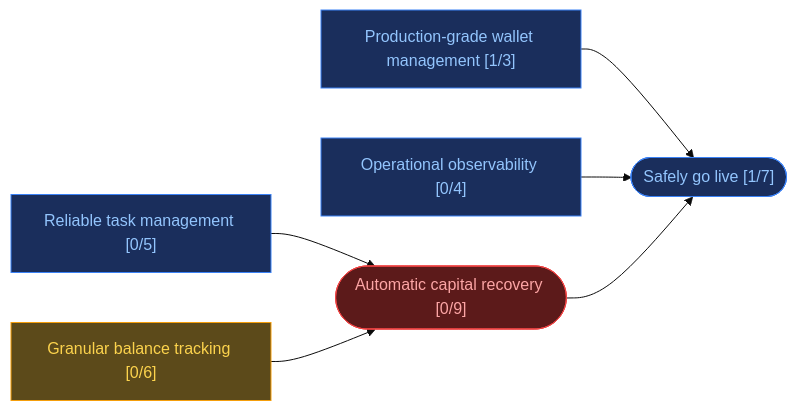
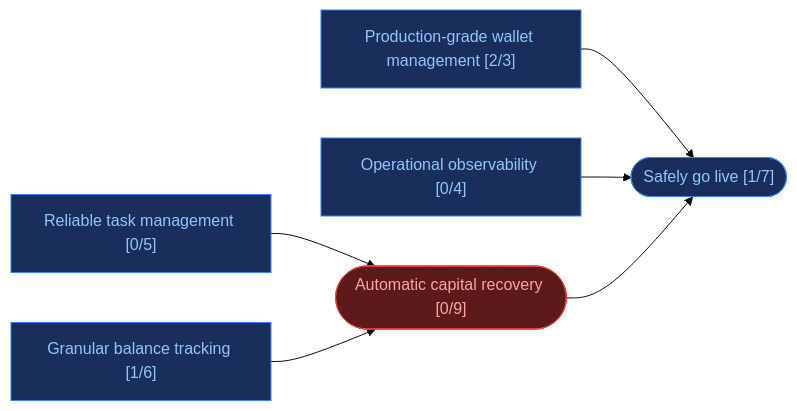
Before and after one commit to ST0x-Technology/st0x.liquidity: the first of 8 diagrams in ROADMAP.md, drawn with Mermaid (base theme). The commit also changed other lines of this file, not shown here.

Commit message:
chore: restructure roadmap backlog with recent issues

````diff
--- a/ROADMAP.md
+++ b/ROADMAP.md
@@ -34,23 +36,23 @@
 ```mermaid
 graph LR
     classDef wip fill:#1a2e5c,stroke:#3b82f6,color:#93c5fd
     classDef blocked fill:#5c1a1a,stroke:#ef4444,color:#fca5a5
     classDef todo fill:#5c4a1a,stroke:#f59e0b,color:#fcd34d
 
     a["Reliable task management [0/5]"]:::wip
-    b["Granular balance tracking [0/6]"]:::todo
-    c["Production-grade wallet management [1/3]"]:::wip
+    b["Granular balance tracking [1/6]"]:::wip
+    c["Production-grade wallet management [2/3]"]:::wip
     d["Operational observability [0/4]"]:::wip
     e(["Automatic capital recovery [0/9]"]):::blocked
     f(["Safely go live [1/7]"]):::wip
 
     a & b --> e
     c & d & e --> f
 
     click e href "https://github.com/ST0x-Technology/st0x.liquidity/blob/master/ROADMAP.md#automatic-capital-recovery"
     click a href "https://github.com/ST0x-Technology/st0x.liquidity/blob/master/ROADMAP.md#reliable-task-management"
     click b href "https://github.com/ST0x-Technology/st0x.liquidity/blob/master/ROADMAP.md#granular-balance-tracking"
     click c href "https://github.com/ST0x-Technology/st0x.liquidity/blob/master/ROADMAP.md#production-grade-wallet-management"
     click d href "https://github.com/ST0x-Technology/st0x.liquidity/blob/master/ROADMAP.md#operational-observability"
     click f href "https://github.com/ST0x-Technology/st0x.liquidity/blob/master/ROADMAP.md#safely-go-live"
 ```
````
